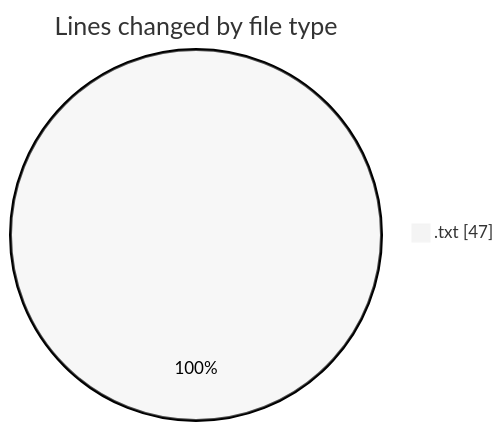
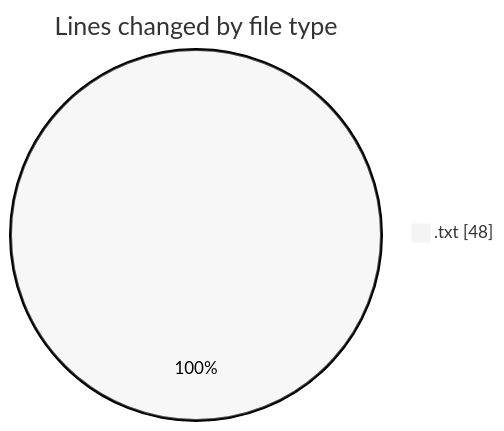
Before and after one commit to MatusMokan/code-tracking: the first of 2 diagrams in 2025-04-30/myws__workspace_/README.md, drawn with Mermaid (neutral theme). The commit also changed other lines of this file and 1 other file, not shown here.

````diff
--- a/2025-04-30/myws__workspace_/README.md
+++ b/2025-04-30/myws__workspace_/README.md
@@ -20,5 +20,5 @@
 ```mermaid
 pie showData
 title Lines changed by file type
-".txt" : 47
+".txt" : 48
 ```
````
